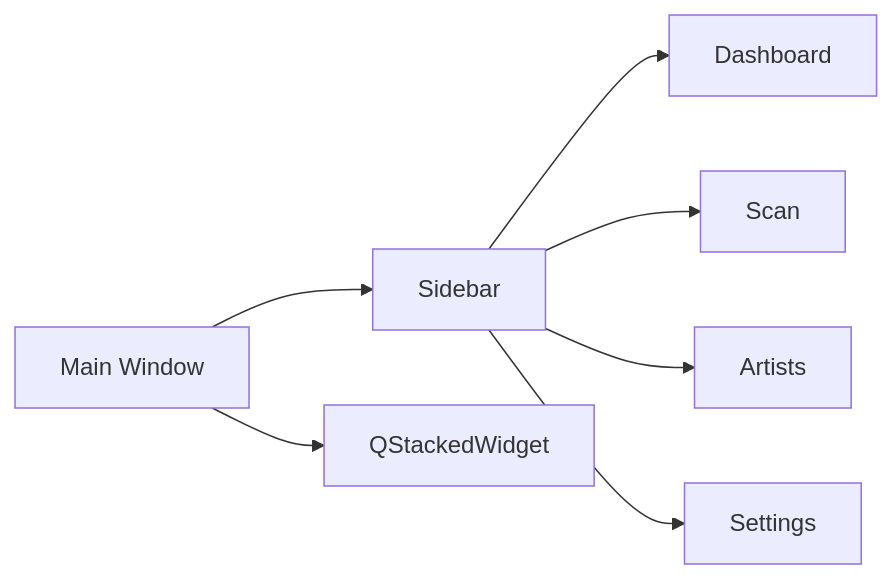
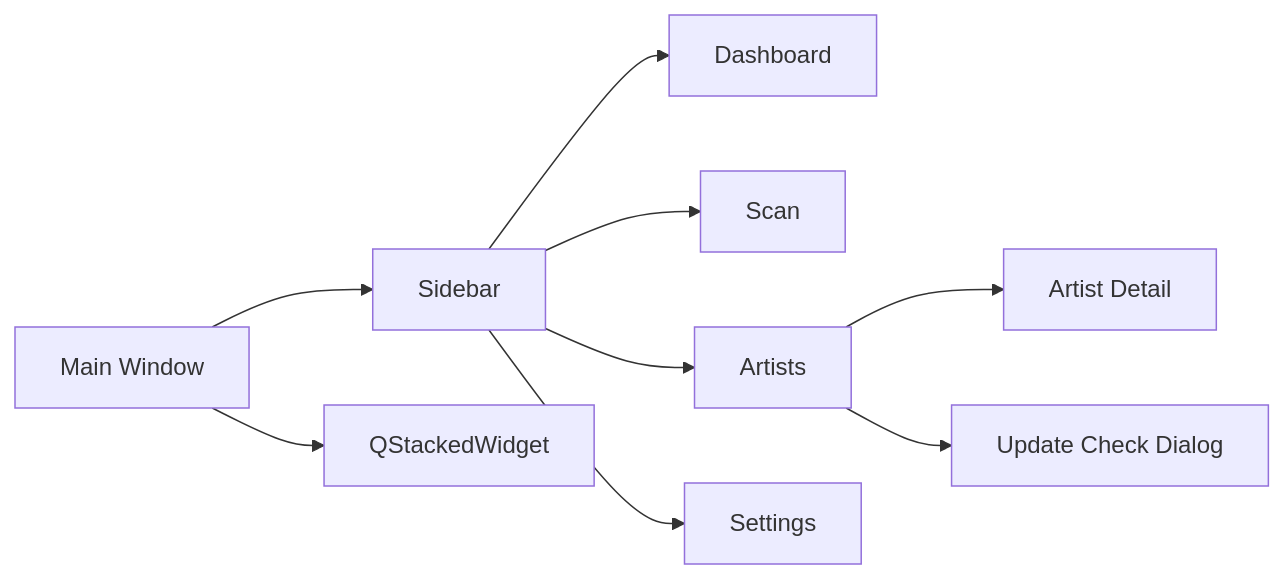
One commit to PKT0623/PixivLocalManager changed the diagram in docs/05_UI_DESIGN.md. Above: the diagram before and after it, drawn with Mermaid. The commit also changed other lines of this file and 10 other files, not shown here.

````diff
--- a/docs/05_UI_DESIGN.md
+++ b/docs/05_UI_DESIGN.md
@@ -42,13 +42,16 @@
 ```mermaid
 flowchart LR
 
 MAIN[Main Window]
 
 MAIN --> SIDEBAR[Sidebar]
 MAIN --> STACK[QStackedWidget]
 
 SIDEBAR --> DASHBOARD[Dashboard]
 SIDEBAR --> SCAN[Scan]
 SIDEBAR --> ARTISTS[Artists]
 SIDEBAR --> SETTINGS[Settings]
+
+ARTISTS --> DETAIL[Artist Detail]
+ARTISTS --> UPDATE[Update Check Dialog]
 ```
````
